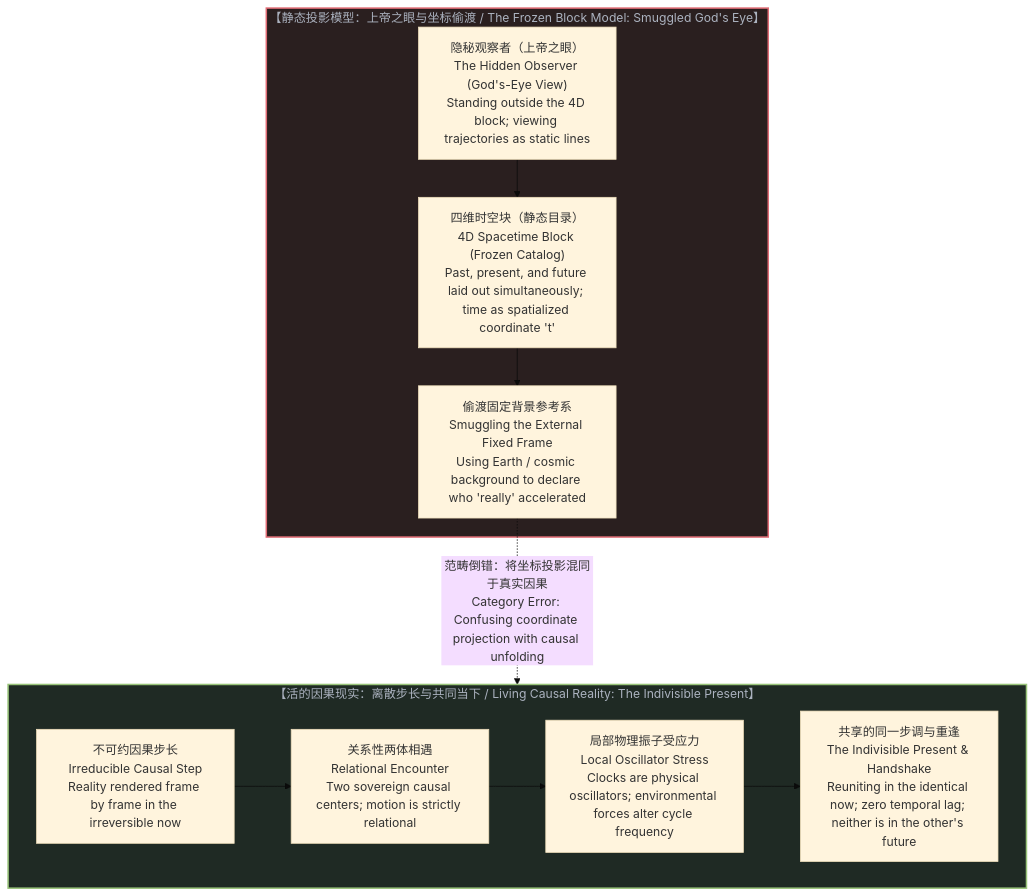
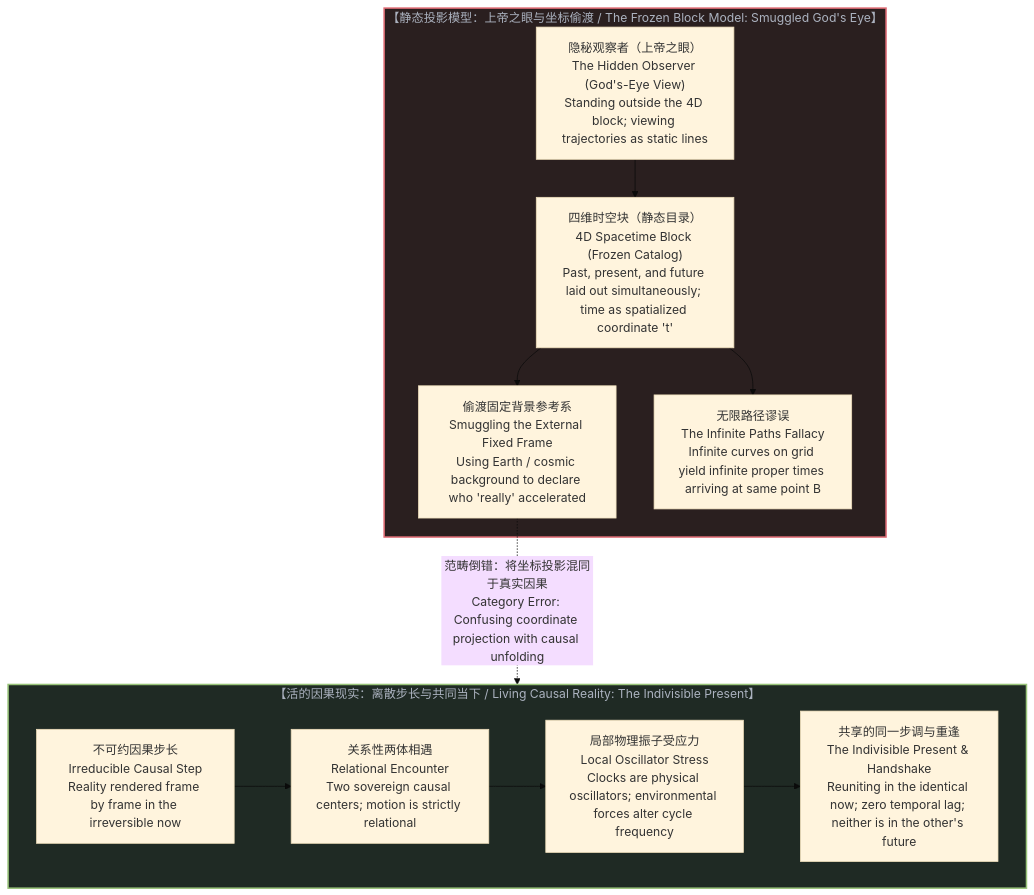
Before and after one commit to powerpig99/not-a-toe: the first of 2 diagrams in content/posts/the-twin-paradox-and-the-hidden-observer.md, drawn with Mermaid (base theme). The commit also changed other lines of this file and 4 other files, not shown here.

````diff
--- a/content/posts/the-twin-paradox-and-the-hidden-observer.md
+++ b/content/posts/the-twin-paradox-and-the-hidden-observer.md
@@ -13,25 +13,27 @@
 ```mermaid
 graph TD
     subgraph FrozenModel["【静态投影模型：上帝之眼与坐标偷渡 / The Frozen Block Model: Smuggled God's Eye】"]
         GodsEye["隐秘观察者（上帝之眼）<br>The Hidden Observer (God's-Eye View)<br>Standing outside the 4D block; viewing trajectories as static lines"]
         StaticBlock["四维时空块（静态目录）<br>4D Spacetime Block (Frozen Catalog)<br>Past, present, and future laid out simultaneously; time as spatialized coordinate 't'"]
         AsymmetrySmuggle["偷渡固定背景参考系<br>Smuggling the External Fixed Frame<br>Using Earth / cosmic background to declare who 'really' accelerated"]
+        InfinitePaths["无限路径谬误<br>The Infinite Paths Fallacy<br>Infinite curves on grid yield infinite proper times arriving at same point B"]
         GodsEye --> StaticBlock
         StaticBlock --> AsymmetrySmuggle
+        StaticBlock --> InfinitePaths
     end
 
     subgraph LivingReality["【活的因果现实：离散步长与共同当下 / Living Causal Reality: The Indivisible Present】"]
         CausalStep["不可约因果步长<br>Irreducible Causal Step<br>Reality rendered frame by frame in the irreversible now"]
         TwoCenters["关系性两体相遇<br>Relational Encounter<br>Two sovereign causal centers; motion is strictly relational"]
         OscillatorStress["局部物理振子受应力<br>Local Oscillator Stress<br>Clocks are physical oscillators; environmental forces alter cycle frequency"]
         IndivisibleNow["共享的同一步调与重逢<br>The Indivisible Present & Handshake<br>Reuniting in the identical now; zero temporal lag; neither is in the other's future"]
         CausalStep --> TwoCenters
         TwoCenters --> OscillatorStress
         OscillatorStress --> IndivisibleNow
     end
 
     AsymmetrySmuggle -.->|"范畴倒错：将坐标投影混同于真实因果<br>Category Error: Confusing coordinate projection with causal unfolding"| LivingReality
 
     style FrozenModel fill:#2a1f1f,stroke:#e06c75,stroke-width:2px,color:#abb2bf
     style LivingReality fill:#1f2a24,stroke:#98c379,stroke-width:2px,color:#abb2bf
 ```
````
